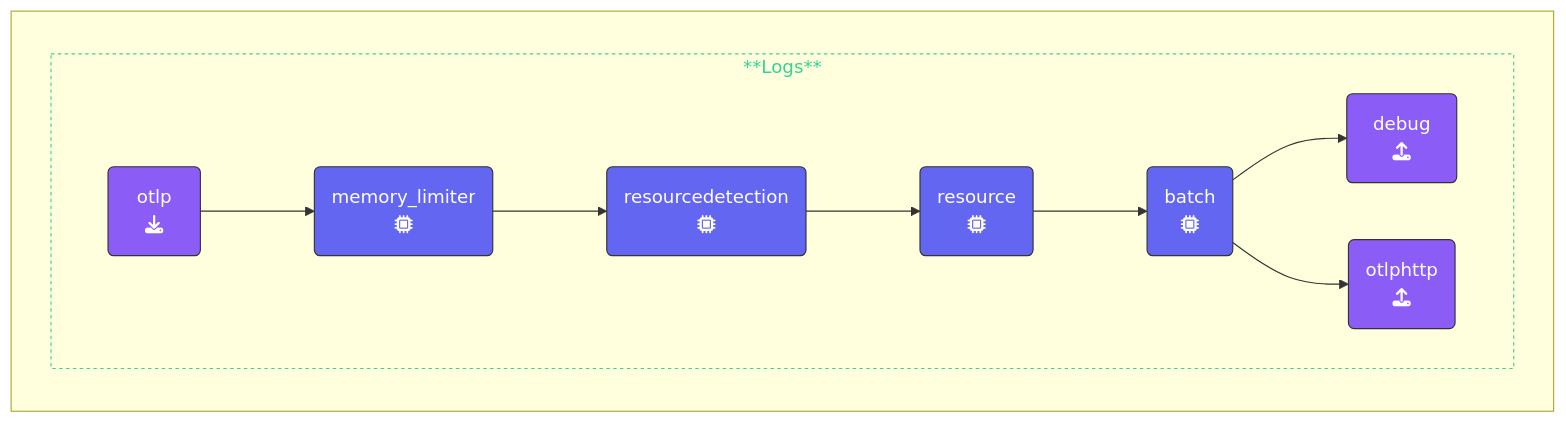
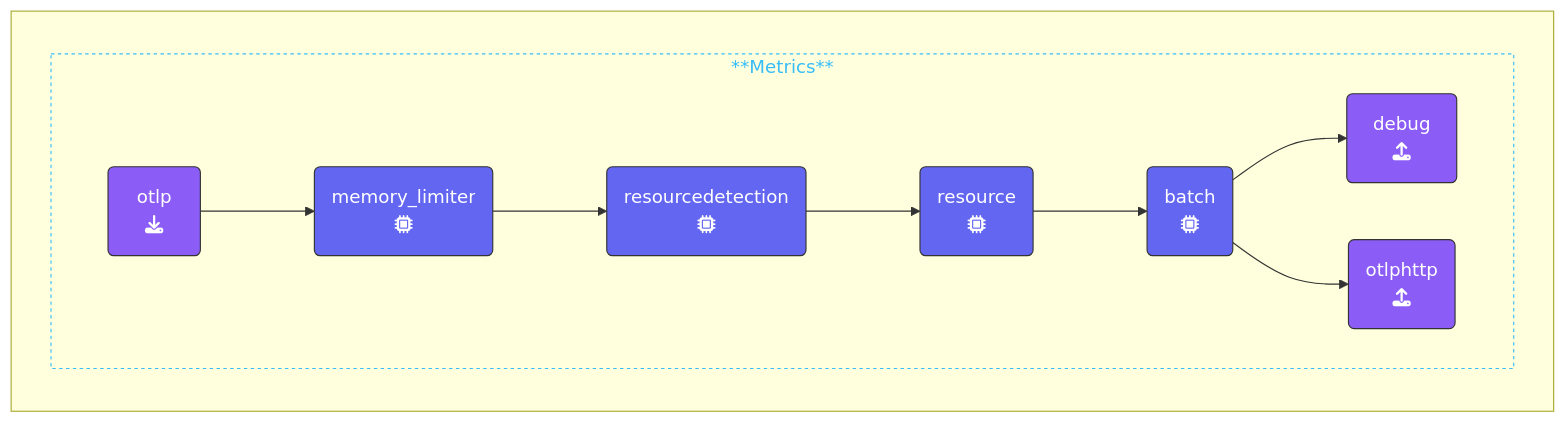
The diagram in content/en/ninja-workshops/10-advanced-otel/4-building-resilience/4-1-configuration.md (splunk/observability-workshop), drawn with Mermaid before and after one commit.

Commit message:
Fixed issue #353

````diff
--- a/content/en/ninja-workshops/10-advanced-otel/4-building-resilience/4-1-configuration.md
+++ b/content/en/ninja-workshops/10-advanced-otel/4-building-resilience/4-1-configuration.md
@@ -67,29 +67,29 @@
 ```mermaid
 %%{init:{"fontFamily":"monospace"}}%%
 graph LR
     %% Nodes
       REC1(&nbsp;&nbsp;otlp&nbsp;&nbsp;<br>fa:fa-download):::receiver
       PRO1(memory_limiter<br>fa:fa-microchip):::processor
       PRO2(resourcedetection<br>fa:fa-microchip):::processor
       PRO3(resource<br>fa:fa-microchip):::processor
       PRO4(batch<br>fa:fa-microchip):::processor
       EXP1(&ensp;debug&ensp;<br>fa:fa-upload):::exporter
       EXP2(otlphttp<br>fa:fa-upload):::exporter
     %% Links
-    subID1:::sub-logs
+    subID1:::sub-metrics
     subgraph " "
-      subgraph subID1[**Logs**]
+      subgraph subID1[**Metrics**]
       direction LR
       REC1 --> PRO1
       PRO1 --> PRO2
       PRO2 --> PRO3
       PRO3 --> PRO4
       PRO4 --> EXP1
       PRO4 --> EXP2
       end
     end
 classDef receiver,exporter fill:#8b5cf6,stroke:#333,stroke-width:1px,color:#fff;
 classDef processor fill:#6366f1,stroke:#333,stroke-width:1px,color:#fff;
 classDef con-receive,con-export fill:#45c175,stroke:#333,stroke-width:1px,color:#fff;
-classDef sub-logs stroke:#34d399,stroke-width:1px, color:#34d399,stroke-dasharray: 3 3;
+classDef sub-metrics stroke:#38bdf8,stroke-width:1px, color:#38bdf8,stroke-dasharray: 3 3;
 ```
````
